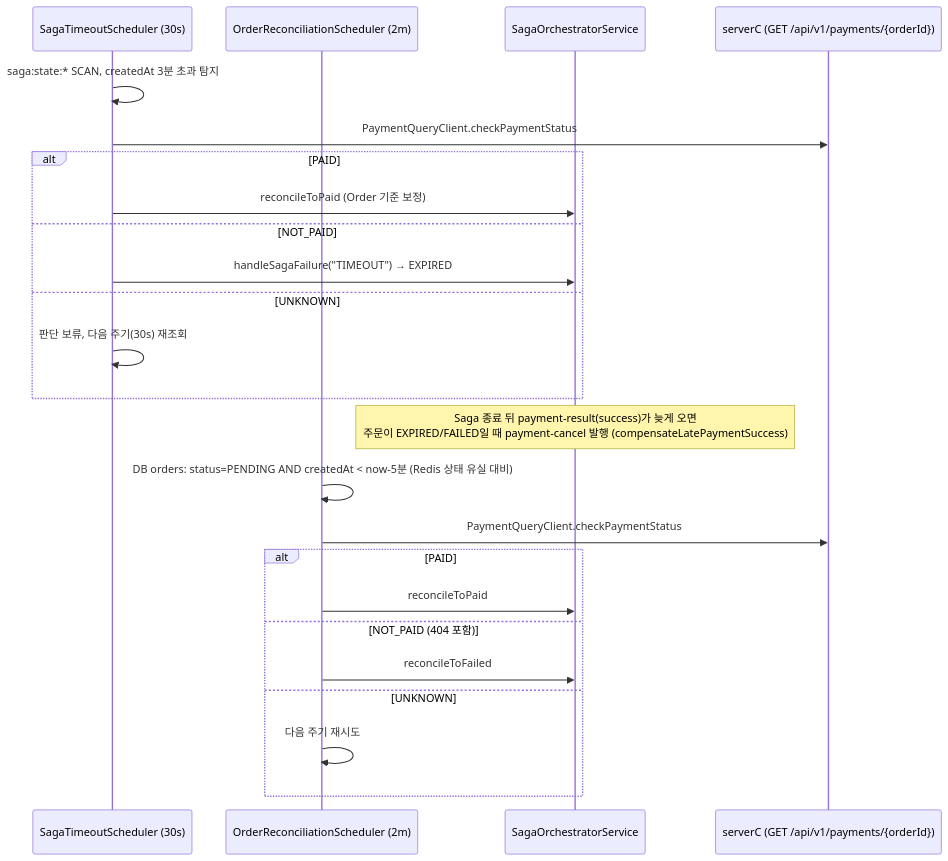
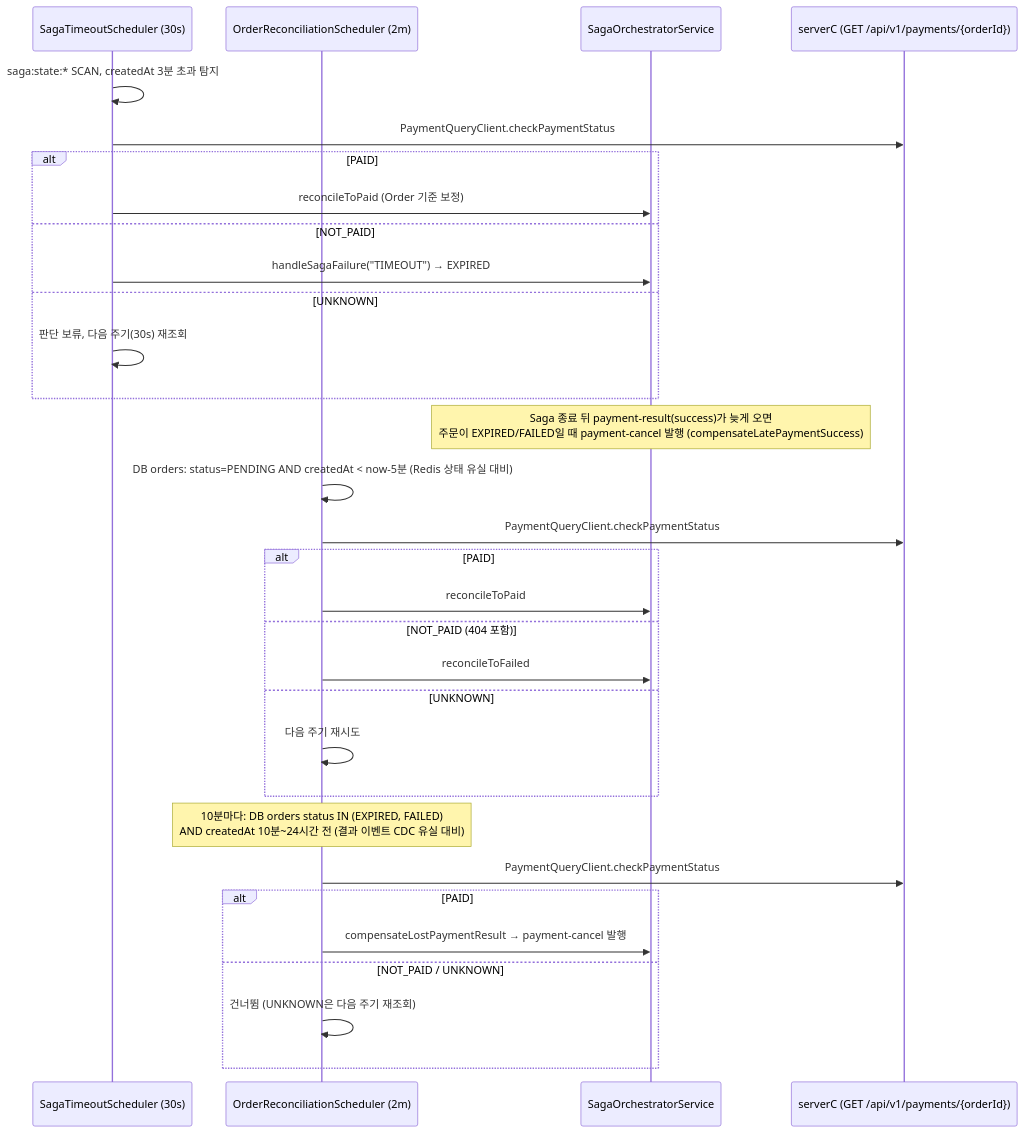
The second of 2 diagrams in docs/arch-snapshot.md (michi2012/goods-promotion-project), drawn with Mermaid before and after one commit. The commit also changed other lines of this file and 8 other files, not shown here.

````diff
--- a/docs/arch-snapshot.md
+++ b/docs/arch-snapshot.md
@@ -95,29 +95,37 @@
 ```mermaid
 sequenceDiagram
     participant T as SagaTimeoutScheduler (30s)
     participant R as OrderReconciliationScheduler (2m)
     participant A as SagaOrchestratorService
     participant SC as serverC (GET /api/v1/payments/{orderId})
 
     T->>T: saga:state:* SCAN, createdAt 3분 초과 탐지
     T->>SC: PaymentQueryClient.checkPaymentStatus
     alt PAID
         T->>A: reconcileToPaid (Order 기준 보정)
     else NOT_PAID
         T->>A: handleSagaFailure("TIMEOUT") → EXPIRED
     else UNKNOWN
         T->>T: 판단 보류, 다음 주기(30s) 재조회
     end
 
     Note over A: Saga 종료 뒤 payment-result(success)가 늦게 오면<br/>주문이 EXPIRED/FAILED일 때 payment-cancel 발행 (compensateLatePaymentSuccess)
 
     R->>R: DB orders: status=PENDING AND createdAt < now-5분 (Redis 상태 유실 대비)
     R->>SC: PaymentQueryClient.checkPaymentStatus
     alt PAID
         R->>A: reconcileToPaid
     else NOT_PAID (404 포함)
         R->>A: reconcileToFailed
     else UNKNOWN
         R->>R: 다음 주기 재시도
     end
+
+    Note over R: 10분마다: DB orders status IN (EXPIRED, FAILED)<br/>AND createdAt 10분~24시간 전 (결과 이벤트 CDC 유실 대비)
+    R->>SC: PaymentQueryClient.checkPaymentStatus
+    alt PAID
+        R->>A: compensateLostPaymentResult → payment-cancel 발행
+    else NOT_PAID / UNKNOWN
+        R->>R: 건너뜀 (UNKNOWN은 다음 주기 재조회)
+    end
 ```
````
